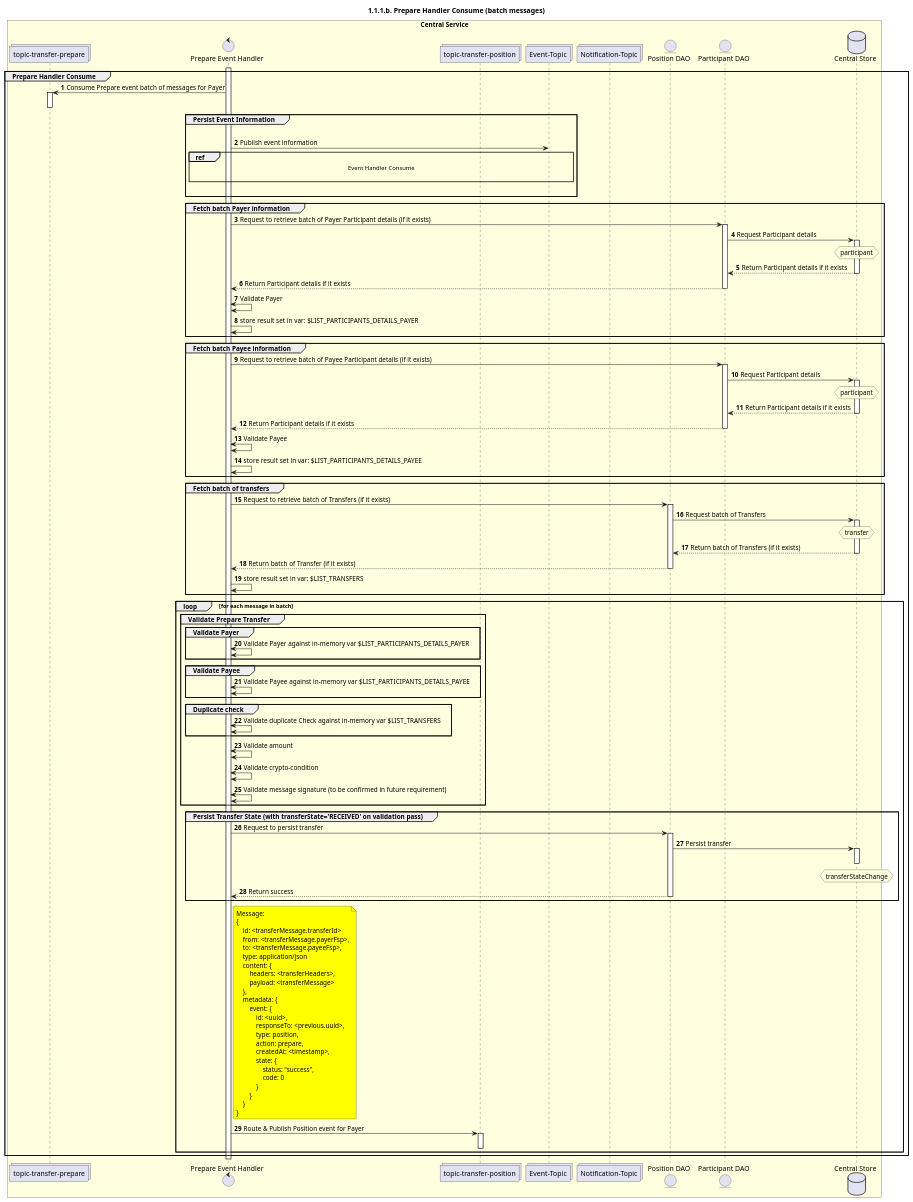
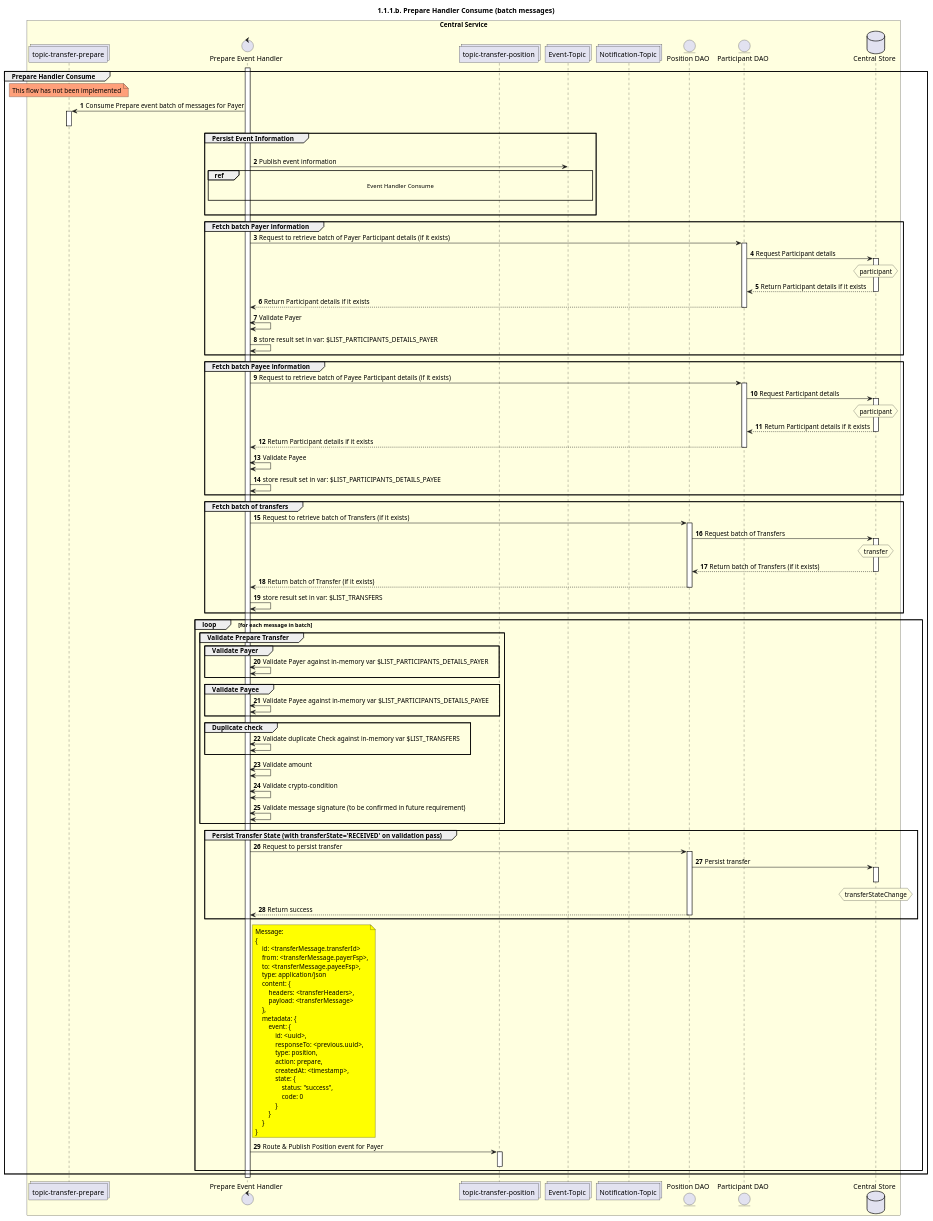
Before and after one commit to mojaloop/documentation: the diagram in mojaloop-technical-overview/central-ledger/assets/diagrams/sequence/seq-prepare-1.1.1.b.plantuml, drawn with PlantUML. The commit also changed 3 other files, not shown here.

```diff
--- a/mojaloop-technical-overview/central-ledger/assets/diagrams/sequence/seq-prepare-1.1.1.b.plantuml
+++ b/mojaloop-technical-overview/central-ledger/assets/diagrams/sequence/seq-prepare-1.1.1.b.plantuml
@@ -26,157 +26,161 @@
 @startuml
 ' declate title
 title 1.1.1.b. Prepare Handler Consume (batch messages)
 
 autonumber
 
 ' Actor Keys:
 '   boundary - APIs/Interfaces, etc
 '   collections - Kafka Topics
 '   control - Kafka Consumers
 '   entity - Database Access Objects
 '   database - Database Persistance Store
 
 ' declare actors
 collections "topic-transfer-prepare" as TOPIC_TRANSFER_PREPARE
 control "Prepare Event Handler" as PREP_HANDLER
 collections "topic-transfer-position" as TOPIC_TRANSFER_POSITION
 collections "Event-Topic" as TOPIC_EVENTS
 collections "Notification-Topic" as TOPIC_NOTIFICATIONS
 entity "Position DAO" as POS_DAO
 entity "Participant DAO" as PARTICIPANT_DAO
 database "Central Store" as DB
 
 box "Central Service" #LightYellow
     participant TOPIC_TRANSFER_PREPARE
     participant PREP_HANDLER
     participant TOPIC_TRANSFER_POSITION
     participant TOPIC_EVENTS
     participant TOPIC_NOTIFICATIONS
     participant POS_DAO
     participant PARTICIPANT_DAO
     participant DB
 end box
 
 ' start flow
 activate PREP_HANDLER
 group Prepare Handler Consume
+    note over TOPIC_TRANSFER_PREPARE #LightSalmon
+        This flow has not been implemented
+    end note
+
     TOPIC_TRANSFER_PREPARE <- PREP_HANDLER: Consume Prepare event batch of messages for Payer
     activate TOPIC_TRANSFER_PREPARE
     deactivate TOPIC_TRANSFER_PREPARE
     group Persist Event Information
         |||
         PREP_HANDLER -> TOPIC_EVENTS: Publish event information
         ref over PREP_HANDLER, TOPIC_EVENTS :  Event Handler Consume\n
         |||
     end
 
     group Fetch batch Payer information
         PREP_HANDLER -> PARTICIPANT_DAO: Request to retrieve batch of Payer Participant details (if it exists)
         activate PARTICIPANT_DAO
         PARTICIPANT_DAO -> DB: Request Participant details
         hnote over DB #lightyellow
             participant
         end note
         activate DB
         PARTICIPANT_DAO <-- DB: Return Participant details if it exists
         deactivate DB
         PARTICIPANT_DAO --> PREP_HANDLER: Return Participant details if it exists
         deactivate PARTICIPANT_DAO
         PREP_HANDLER <-> PREP_HANDLER: Validate Payer
         PREP_HANDLER -> PREP_HANDLER: store result set in var: $LIST_PARTICIPANTS_DETAILS_PAYER
     end
 
     group Fetch batch Payee information
         PREP_HANDLER -> PARTICIPANT_DAO: Request to retrieve batch of Payee Participant details (if it exists)
         activate PARTICIPANT_DAO
         PARTICIPANT_DAO -> DB: Request Participant details
         hnote over DB #lightyellow
             participant
         end note
         activate DB
         PARTICIPANT_DAO <-- DB: Return Participant details if it exists
         deactivate DB
         PARTICIPANT_DAO --> PREP_HANDLER: Return Participant details if it exists
         deactivate PARTICIPANT_DAO
         PREP_HANDLER <-> PREP_HANDLER: Validate Payee
         PREP_HANDLER -> PREP_HANDLER: store result set in var: $LIST_PARTICIPANTS_DETAILS_PAYEE
     end
 
     group Fetch batch of transfers
         PREP_HANDLER -> POS_DAO: Request to retrieve batch of Transfers (if it exists)
         activate POS_DAO
         POS_DAO -> DB: Request batch of Transfers
         hnote over DB #lightyellow
             transfer
         end note
         activate DB
         POS_DAO <-- DB: Return batch of Transfers (if it exists)
         deactivate DB
         POS_DAO --> PREP_HANDLER: Return batch of Transfer (if it exists)
         deactivate POS_DAO
         PREP_HANDLER -> PREP_HANDLER: store result set in var: $LIST_TRANSFERS
     end
 
     loop for each message in batch
 
         group Validate Prepare Transfer
             group Validate Payer
                 PREP_HANDLER <-> PREP_HANDLER: Validate Payer against in-memory var $LIST_PARTICIPANTS_DETAILS_PAYER
             end
             group Validate Payee
                 PREP_HANDLER <-> PREP_HANDLER: Validate Payee against in-memory var $LIST_PARTICIPANTS_DETAILS_PAYEE
             end
             group Duplicate check
                 PREP_HANDLER <-> PREP_HANDLER: Validate duplicate Check against in-memory var $LIST_TRANSFERS
             end
             PREP_HANDLER <-> PREP_HANDLER: Validate amount
             PREP_HANDLER <-> PREP_HANDLER: Validate crypto-condition
             PREP_HANDLER <-> PREP_HANDLER: Validate message signature (to be confirmed in future requirement)
         end
 
         group Persist Transfer State (with transferState='RECEIVED' on validation pass)
             PREP_HANDLER -> POS_DAO: Request to persist transfer
             activate POS_DAO
             POS_DAO -> DB: Persist transfer
             hnote over DB #lightyellow
                 transferStateChange
             end note
             activate DB
             deactivate DB
             POS_DAO --> PREP_HANDLER: Return success
             deactivate POS_DAO
         end
 
         note right of PREP_HANDLER #yellow
             Message:
             {
                 id: <transferMessage.transferId>
                 from: <transferMessage.payerFsp>,
                 to: <transferMessage.payeeFsp>,
                 type: application/json
                 content: {
                     headers: <transferHeaders>,
                     payload: <transferMessage>
                 },
                 metadata: {
                     event: {
                         id: <uuid>,
                         responseTo: <previous.uuid>,
                         type: position,
                         action: prepare,
                         createdAt: <timestamp>,
                         state: {
                             status: "success",
                             code: 0
                         }
                     }
                 }
             }
         end note
         PREP_HANDLER -> TOPIC_TRANSFER_POSITION: Route & Publish Position event for Payer
         activate TOPIC_TRANSFER_POSITION
         deactivate TOPIC_TRANSFER_POSITION
     end
 end
 deactivate PREP_HANDLER
 @enduml
```
